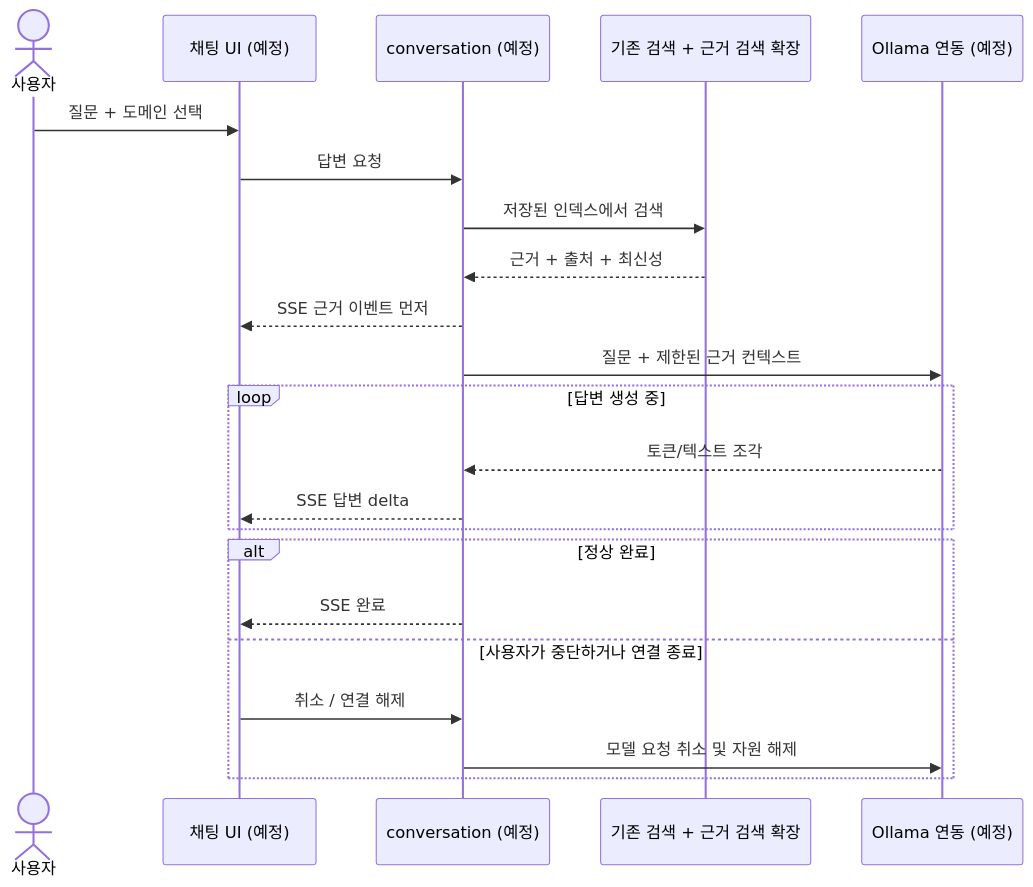
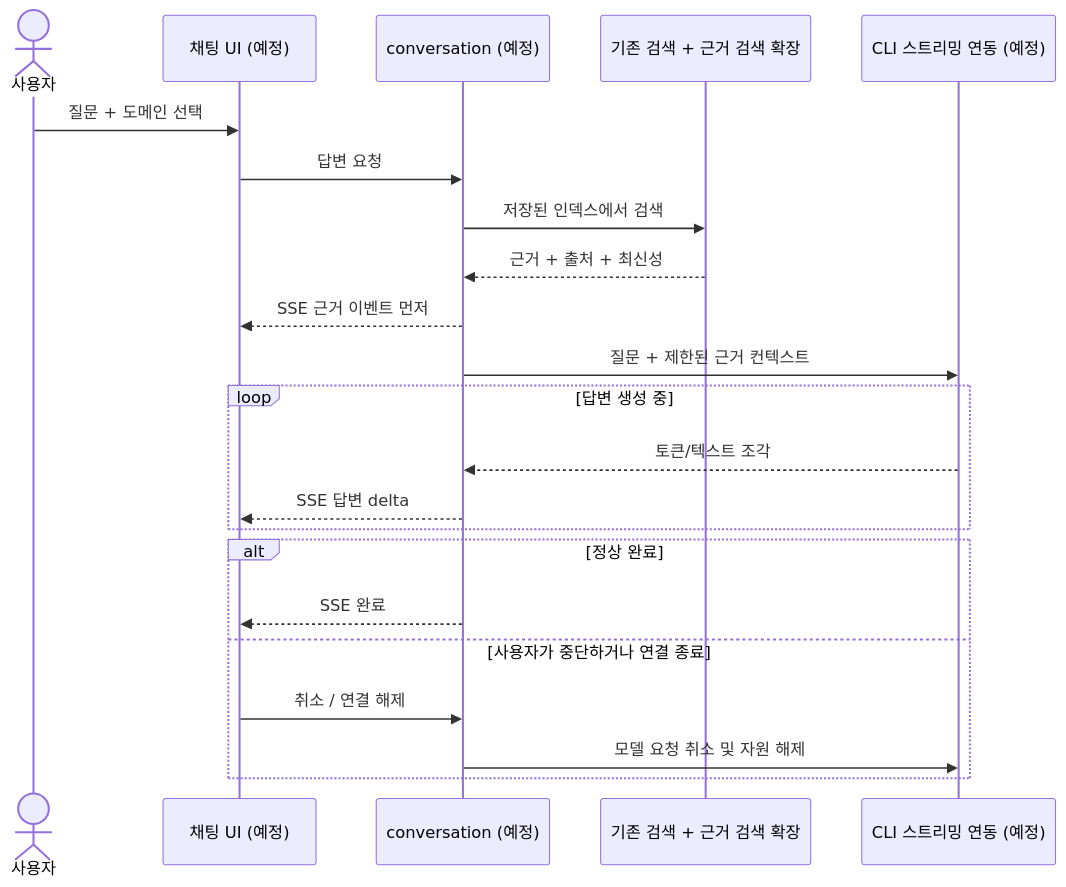
The fifth of 5 diagrams in docs/design-map.md (thisisnew/dougle), drawn with Mermaid before and after one commit. The commit also changed other lines of this file and 25 other files, not shown here.

````diff
--- a/docs/design-map.md
+++ b/docs/design-map.md
@@ -196,24 +196,24 @@
 ```mermaid
 sequenceDiagram
     actor User as 사용자
     participant UI as 채팅 UI (예정)
     participant Chat as conversation (예정)
     participant Search as 기존 검색 + 근거 검색 확장
-    participant Model as Ollama 연동 (예정)
+    participant Model as CLI 스트리밍 연동 (예정)
     User->>UI: 질문 + 도메인 선택
     UI->>Chat: 답변 요청
     Chat->>Search: 저장된 인덱스에서 검색
     Search-->>Chat: 근거 + 출처 + 최신성
     Chat-->>UI: SSE 근거 이벤트 먼저
     Chat->>Model: 질문 + 제한된 근거 컨텍스트
     loop 답변 생성 중
         Model-->>Chat: 토큰/텍스트 조각
         Chat-->>UI: SSE 답변 delta
     end
     alt 정상 완료
         Chat-->>UI: SSE 완료
     else 사용자가 중단하거나 연결 종료
         UI->>Chat: 취소 / 연결 해제
         Chat->>Model: 모델 요청 취소 및 자원 해제
     end
 ```
````
